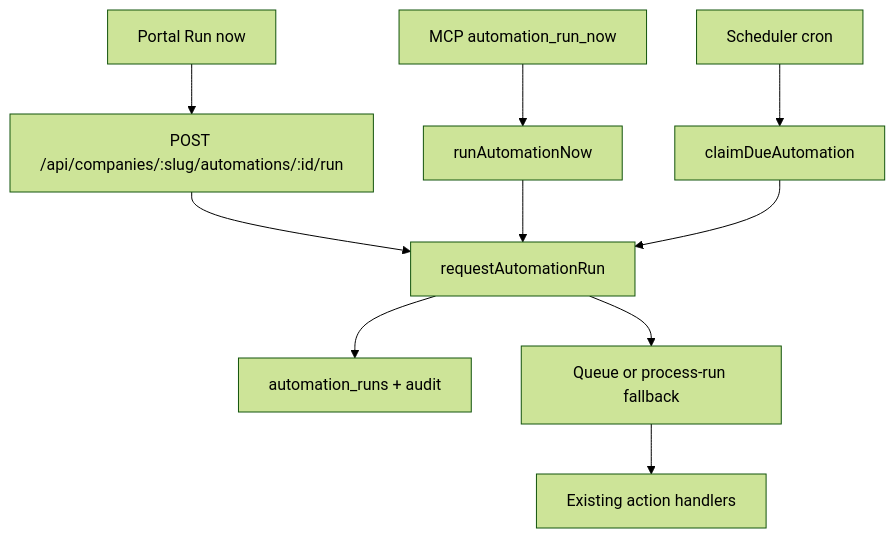
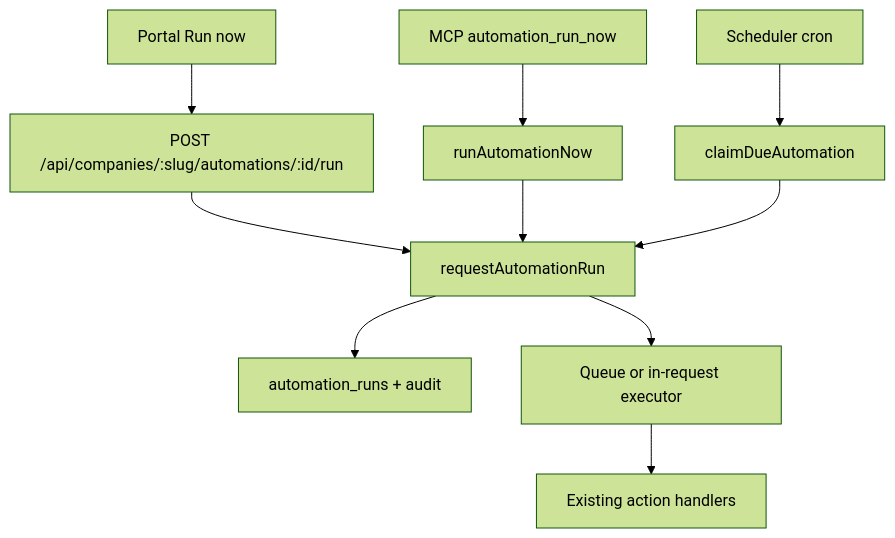
One commit to daniel00123-tech/Main changed the diagram in infra/docs/INFRA-AUTOMATION-RUN-NOW.md. Above: the diagram before and after it, drawn with Mermaid (forest theme). The commit also changed other lines of this file, not shown here.

Commit message:
Record the Caddington Run now live acceptance result.

````diff
--- a/infra/docs/INFRA-AUTOMATION-RUN-NOW.md
+++ b/infra/docs/INFRA-AUTOMATION-RUN-NOW.md
@@ -7,12 +7,12 @@
 ```mermaid
 flowchart TD
   Portal["Portal Run now"] --> API["POST /api/companies/:slug/automations/:id/run"]
   MCP["MCP automation_run_now"] --> Control["runAutomationNow"]
   Cron["Scheduler cron"] --> Sched["claimDueAutomation"]
   API --> Shared["requestAutomationRun"]
   Control --> Shared
   Sched --> Shared
   Shared --> History["automation_runs + audit"]
-  Shared --> Queue["Queue or process-run fallback"]
+  Shared --> Queue["Queue or in-request executor"]
   Queue --> Worker["Existing action handlers"]
 ```
````
